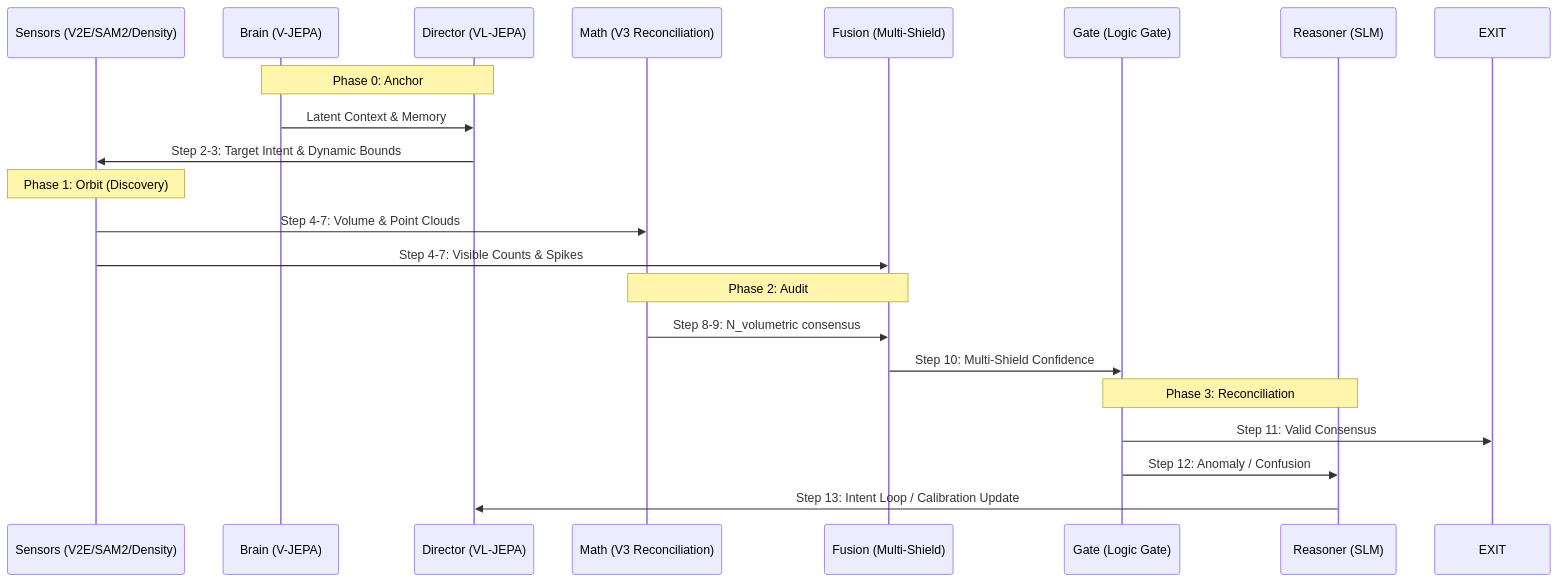
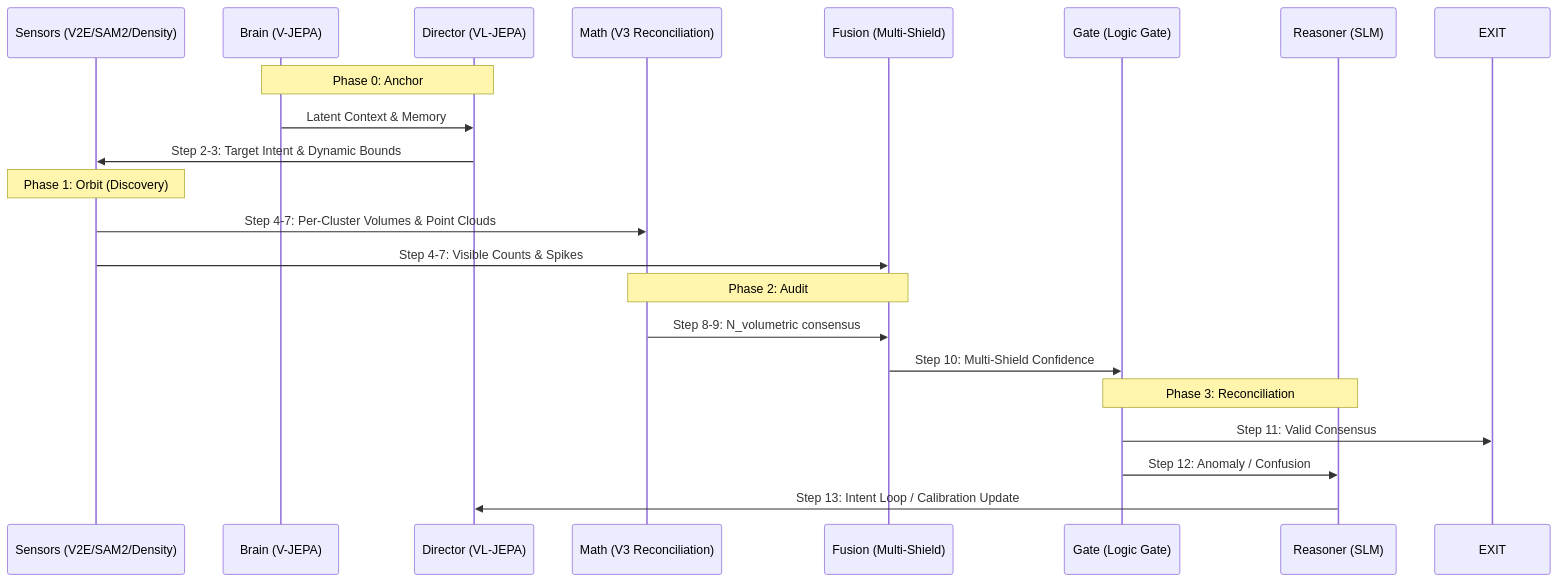
Before and after one commit to Yonnnnnnnnn/numeri-vjepa-experiment: the diagram in Data_Flow_Diagram.md, drawn with Mermaid. The commit also changed 7 other files, not shown here.

````diff
--- a/Data_Flow_Diagram.md
+++ b/Data_Flow_Diagram.md
@@ -24,27 +24,27 @@
 ```mermaid
 sequenceDiagram
     participant S as Sensors (V2E/SAM2/Density)
     participant B as Brain (V-JEPA)
     participant D as Director (VL-JEPA)
     participant M as Math (V3 Reconciliation)
     participant F as Fusion (Multi-Shield)
     participant G as Gate (Logic Gate)
     participant R as Reasoner (SLM)
 
     Note over B,D: Phase 0: Anchor
     B->>D: Latent Context & Memory
     D->>S: Step 2-3: Target Intent & Dynamic Bounds
 
     Note over S: Phase 1: Orbit (Discovery)
-    S->>M: Step 4-7: Volume & Point Clouds
+    S->>M: Step 4-7: Per-Cluster Volumes & Point Clouds
     S->>F: Step 4-7: Visible Counts & Spikes
 
     Note over M,F: Phase 2: Audit
     M->>F: Step 8-9: N_volumetric consensus
     F->>G: Step 10: Multi-Shield Confidence
 
     Note over G,R: Phase 3: Reconciliation
     G->>EXIT: Step 11: Valid Consensus
     G->>R: Step 12: Anomaly / Confusion
     R->>D: Step 13: Intent Loop / Calibration Update
 ```
````
